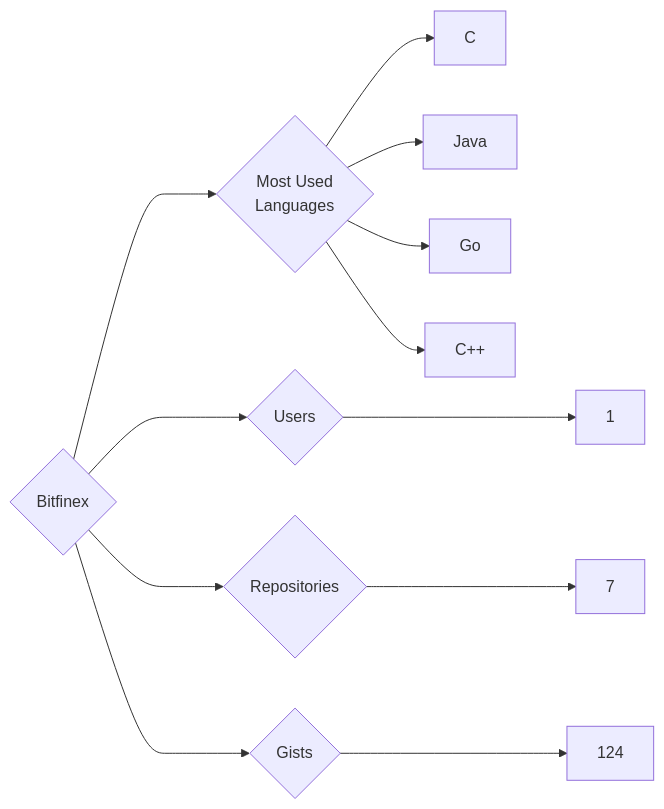
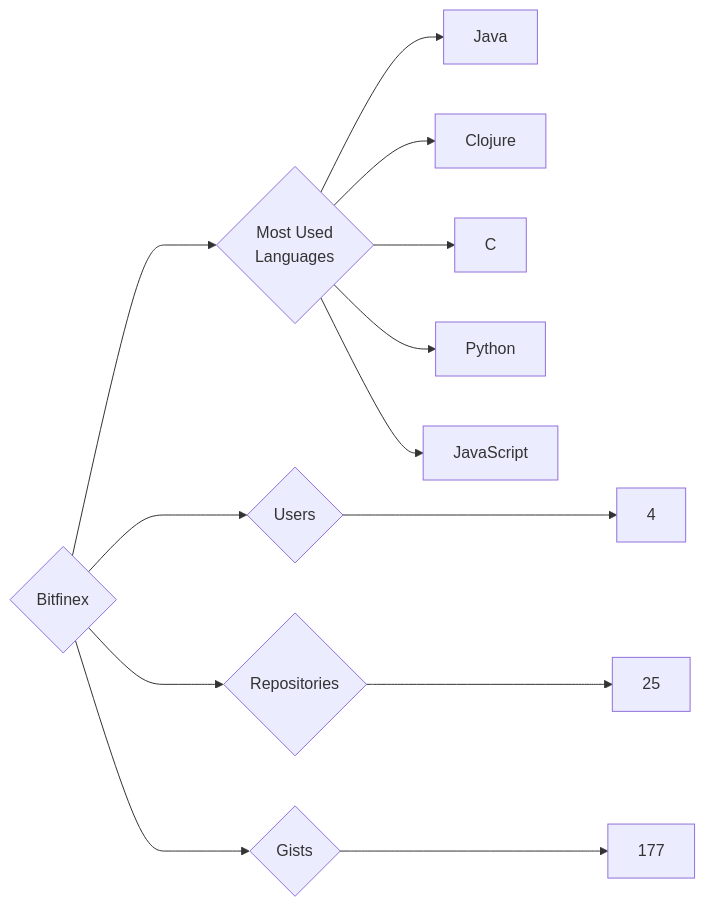
One commit to trickest/insiders changed the diagram in targets/Bitfinex/README.md. Above: the diagram before and after it, drawn with Mermaid. The commit also changed 718 other files, not shown here.

````diff
--- a/targets/Bitfinex/README.md
+++ b/targets/Bitfinex/README.md
@@ -3,12 +3,13 @@
 ```mermaid
 graph LR
 COMPANY_NAME{Bitfinex}
-COMPANY_NAME ---> U{Users} ---> UN[1]
-COMPANY_NAME ---> R{Repositories} ---> RN[7]
-COMPANY_NAME ---> G{Gists} ---> GN[124]
+COMPANY_NAME ---> U{Users} ---> UN[4]
+COMPANY_NAME ---> R{Repositories} ---> RN[25]
+COMPANY_NAME ---> G{Gists} ---> GN[177]
 COMPANY_NAME ---> ML{Most Used<br>Languages}
+ML --> Java[Java]
+ML --> Clojure[Clojure]
 ML --> C[C]
-ML --> Java[Java]
-ML --> Go[Go]
-ML --> C++[C++]
+ML --> Python[Python]
+ML --> JavaScript[JavaScript]
 ```
````
